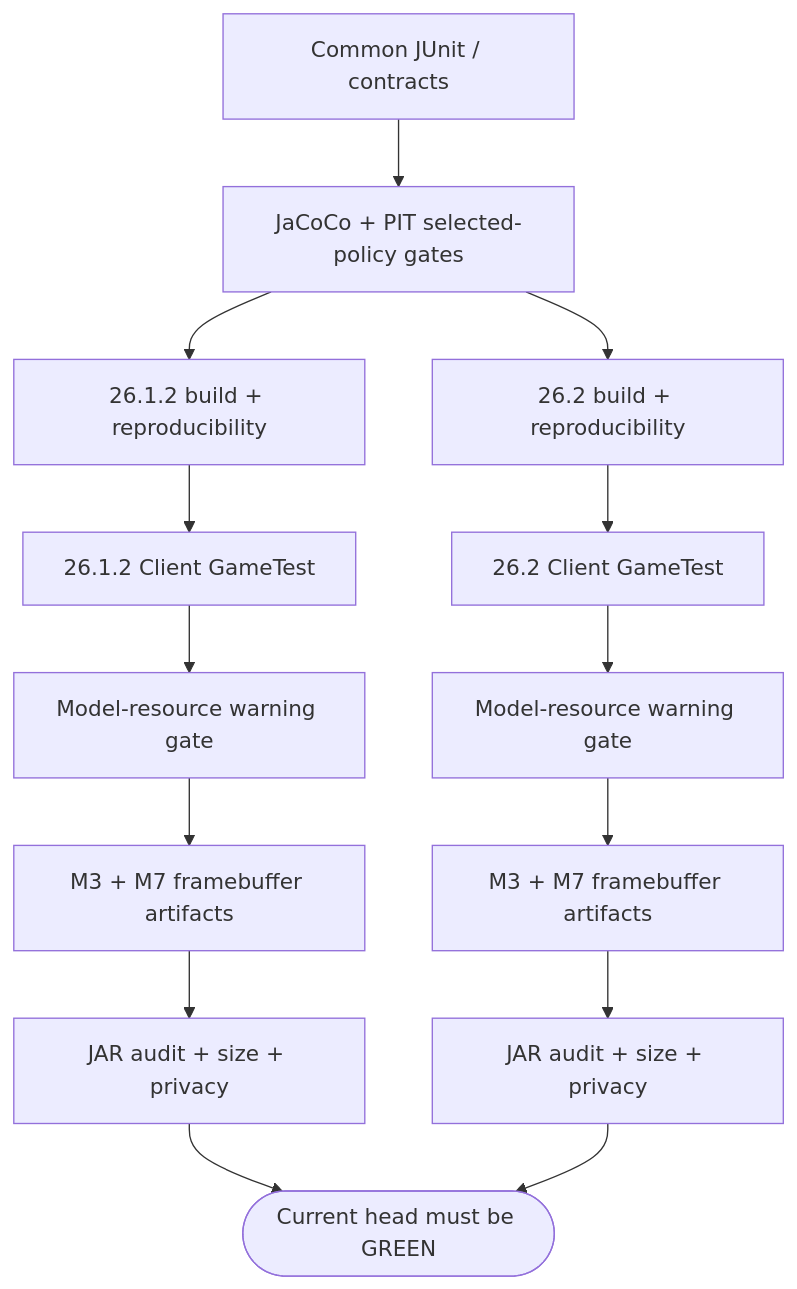
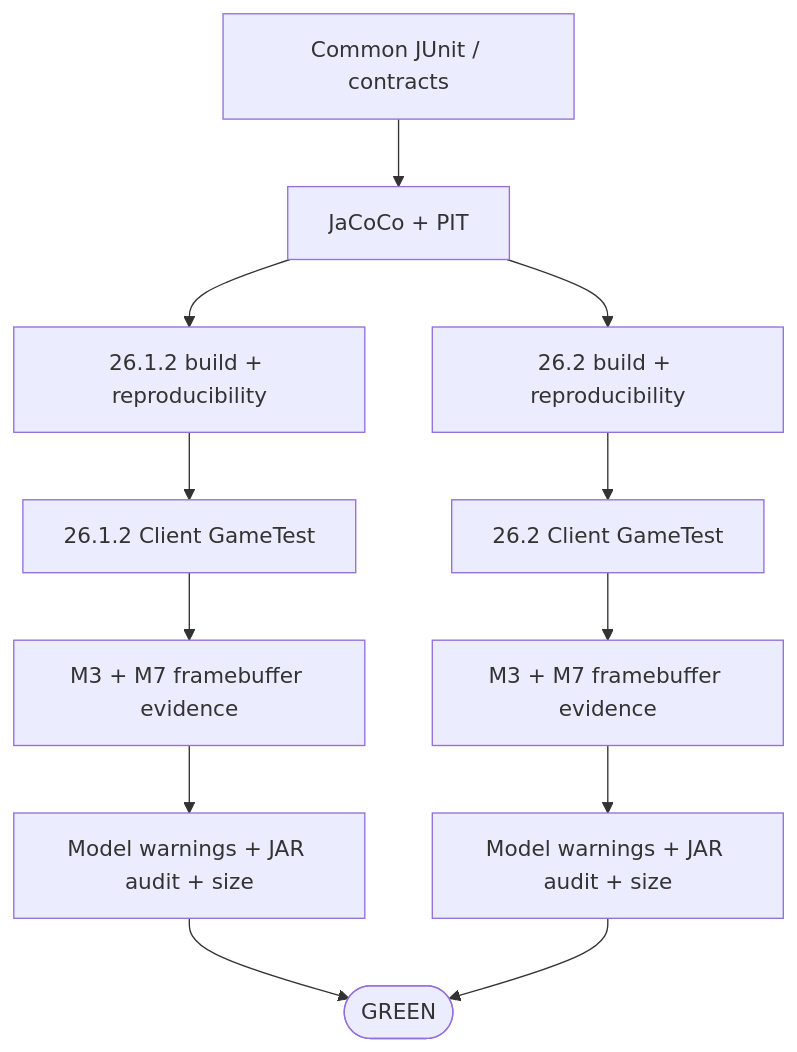
Before and after one commit to bosatsu25/BlockLens: the third of 3 diagrams in README_ja.md, drawn with Mermaid. The commit also changed other lines of this file, not shown here.

````diff
--- a/README_ja.md
+++ b/README_ja.md
@@ -264,16 +172,14 @@
 ```mermaid
 flowchart TD
-    C[Common JUnit / contracts] --> Q[JaCoCo + PIT selected-policy gates]
+    C[Common JUnit / contracts] --> Q[JaCoCo + PIT]
     Q --> B1[26.1.2 build + reproducibility]
     Q --> B2[26.2 build + reproducibility]
     B1 --> G1[26.1.2 Client GameTest]
     B2 --> G2[26.2 Client GameTest]
-    G1 --> M1[Model-resource warning gate]
-    G2 --> M2[Model-resource warning gate]
-    M1 --> V1[M3 + M7 framebuffer artifacts]
-    M2 --> V2[M3 + M7 framebuffer artifacts]
-    V1 --> A1[JAR audit + size + privacy]
-    V2 --> A2[JAR audit + size + privacy]
-    A1 --> GREEN([Current head must be GREEN])
+    G1 --> V1[M3 + M7 framebuffer evidence]
+    G2 --> V2[M3 + M7 framebuffer evidence]
+    V1 --> A1[Model warnings + JAR audit + size]
+    V2 --> A2[Model warnings + JAR audit + size]
+    A1 --> GREEN([GREEN])
     A2 --> GREEN
 ```
````
